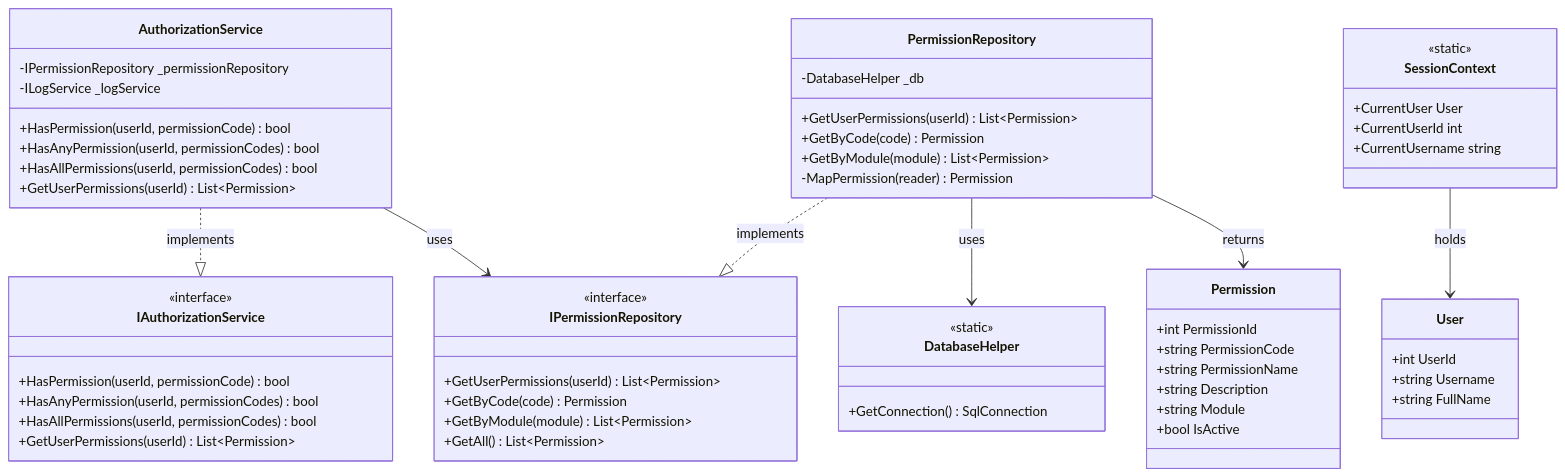
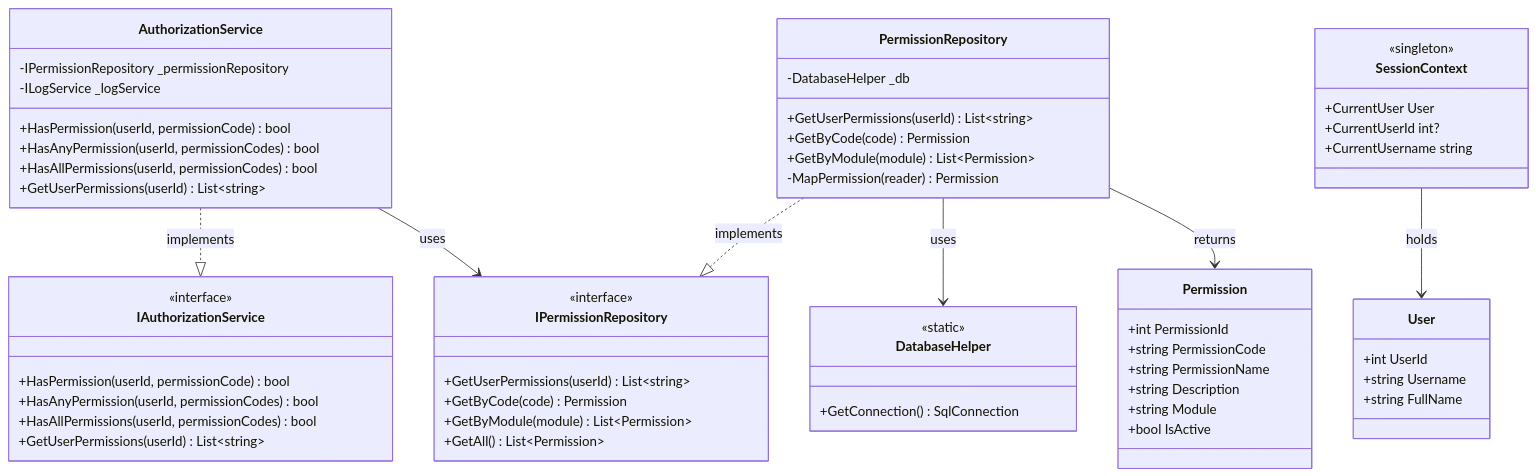
Before and after one commit to nahuk86/tp_diploma_nk_2026: the first of 8 diagrams in Documentation/UML_Diagrams/21_Permissions_UseCases.md, drawn with Mermaid. The commit also changed other lines of this file and 7 other files, not shown here.

Commit message:
docs: update UML diagrams to reflect code refactoring

````diff
--- a/Documentation/UML_Diagrams/21_Permissions_UseCases.md
+++ b/Documentation/UML_Diagrams/21_Permissions_UseCases.md
@@ -11,69 +11,69 @@
 ```mermaid
 classDiagram
     class IAuthorizationService {
         <<interface>>
         +HasPermission(userId, permissionCode) bool
         +HasAnyPermission(userId, permissionCodes) bool
         +HasAllPermissions(userId, permissionCodes) bool
-        +GetUserPermissions(userId) List~Permission~
+        +GetUserPermissions(userId) List~string~
     }
 
     class AuthorizationService {
         -IPermissionRepository _permissionRepository
         -ILogService _logService
         +HasPermission(userId, permissionCode) bool
         +HasAnyPermission(userId, permissionCodes) bool
         +HasAllPermissions(userId, permissionCodes) bool
-        +GetUserPermissions(userId) List~Permission~
+        +GetUserPermissions(userId) List~string~
     }
 
     class IPermissionRepository {
         <<interface>>
-        +GetUserPermissions(userId) List~Permission~
+        +GetUserPermissions(userId) List~string~
         +GetByCode(code) Permission
         +GetByModule(module) List~Permission~
         +GetAll() List~Permission~
     }
 
     class PermissionRepository {
         -DatabaseHelper _db
-        +GetUserPermissions(userId) List~Permission~
+        +GetUserPermissions(userId) List~string~
         +GetByCode(code) Permission
         +GetByModule(module) List~Permission~
         -MapPermission(reader) Permission
     }
 
     class DatabaseHelper {
         <<static>>
         +GetConnection() SqlConnection
     }
 
     class SessionContext {
-        <<static>>
+        <<singleton>>
         +CurrentUser User
-        +CurrentUserId int
+        +CurrentUserId int?
         +CurrentUsername string
     }
 
     class Permission {
         +int PermissionId
         +string PermissionCode
         +string PermissionName
         +string Description
         +string Module
         +bool IsActive
     }
 
     class User {
         +int UserId
         +string Username
         +string FullName
     }
 
     AuthorizationService ..|> IAuthorizationService : implements
     AuthorizationService --> IPermissionRepository : uses
     PermissionRepository ..|> IPermissionRepository : implements
     PermissionRepository --> DatabaseHelper : uses
     PermissionRepository --> Permission : returns
     SessionContext --> User : holds
 ```
````
